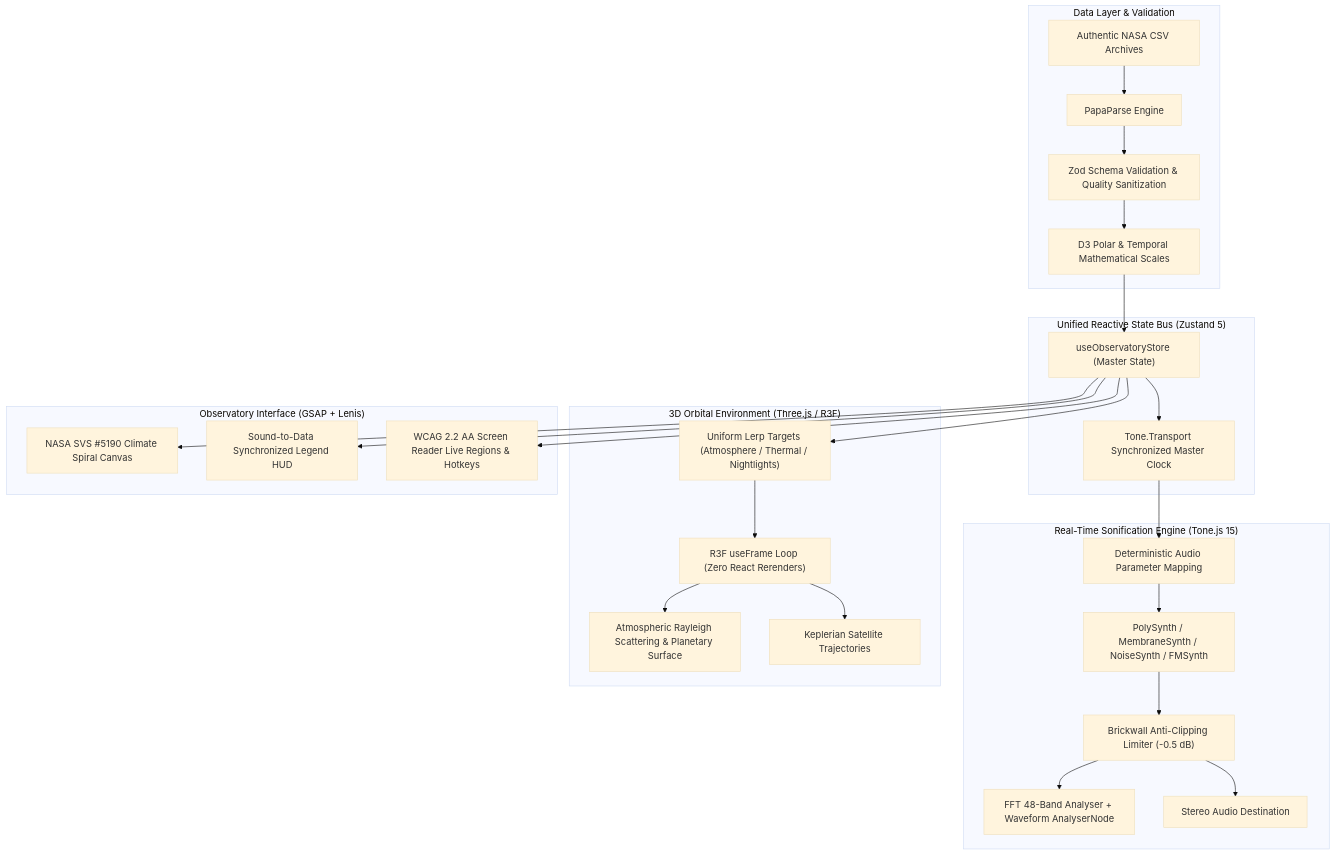
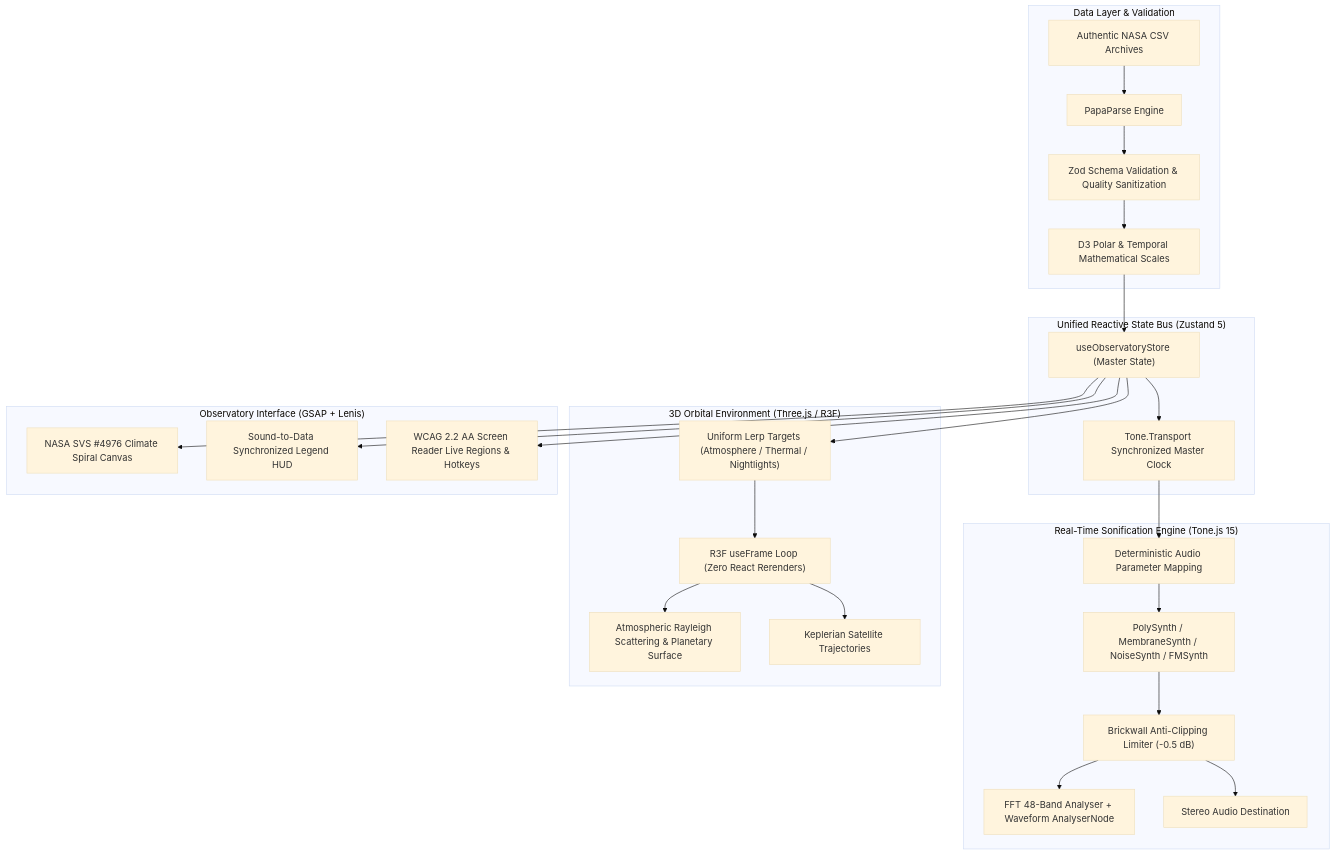
One commit to vishanth14/Prithvi-The-Sound-of-Earth changed the diagram in docs/nasa-space-apps-submission-dossier.md. Above: the diagram before and after it, drawn with Mermaid (base theme). The commit also changed other lines of this file, not shown here.

Commit message:
docs: synchronize NASA Space Apps submission dossier with Layer 9 and Layer 10 verification records

````diff
--- a/docs/nasa-space-apps-submission-dossier.md
+++ b/docs/nasa-space-apps-submission-dossier.md
@@ -55,34 +72,34 @@
 ```mermaid
 flowchart TD
     subgraph DataEngine ["Data Layer & Validation"]
         CSV["Authentic NASA CSV Archives"] --> PAPA["PapaParse Engine"]
         PAPA --> ZOD["Zod Schema Validation & Quality Sanitization"]
         ZOD --> SCALES["D3 Polar & Temporal Mathematical Scales"]
     end
 
     subgraph StateBus ["Unified Reactive State Bus (Zustand 5)"]
         SCALES --> STORE["useObservatoryStore (Master State)"]
         STORE --> AUDIO_TRANSPORT["Tone.Transport Synchronized Master Clock"]
     end
 
     subgraph AudioGraph ["Real-Time Sonification Engine (Tone.js 15)"]
         AUDIO_TRANSPORT --> PARAM_MAP["Deterministic Audio Parameter Mapping"]
         PARAM_MAP --> SYNTH_VOICES["PolySynth / MembraneSynth / NoiseSynth / FMSynth"]
         SYNTH_VOICES --> LIMITER["Brickwall Anti-Clipping Limiter (-0.5 dB)"]
         LIMITER --> ANALYSERS["FFT 48-Band Analyser + Waveform AnalyserNode"]
         LIMITER --> SPEAKERS["Stereo Audio Destination"]
     end
 
     subgraph WebGLPipeline ["3D Orbital Environment (Three.js / R3F)"]
         STORE --> SHADER_UNIFORMS["Uniform Lerp Targets (Atmosphere / Thermal / Nightlights)"]
         SHADER_UNIFORMS --> USE_FRAME["R3F useFrame Loop (Zero React Rerenders)"]
         USE_FRAME --> EARTH_MESH["Atmospheric Rayleigh Scattering & Planetary Surface"]
         USE_FRAME --> ORBITS["Keplerian Satellite Trajectories"]
     end
 
     subgraph Scrollytelling ["Observatory Interface (GSAP + Lenis)"]
-        STORE --> D3_SPIRAL["NASA SVS #5190 Climate Spiral Canvas"]
+        STORE --> D3_SPIRAL["NASA SVS #4976 Climate Spiral Canvas"]
         STORE --> HUD_LEGEND["Sound-to-Data Synchronized Legend HUD"]
         STORE --> ACCESSIBILITY["WCAG 2.2 AA Screen Reader Live Regions & Hotkeys"]
     end
 ```
````
